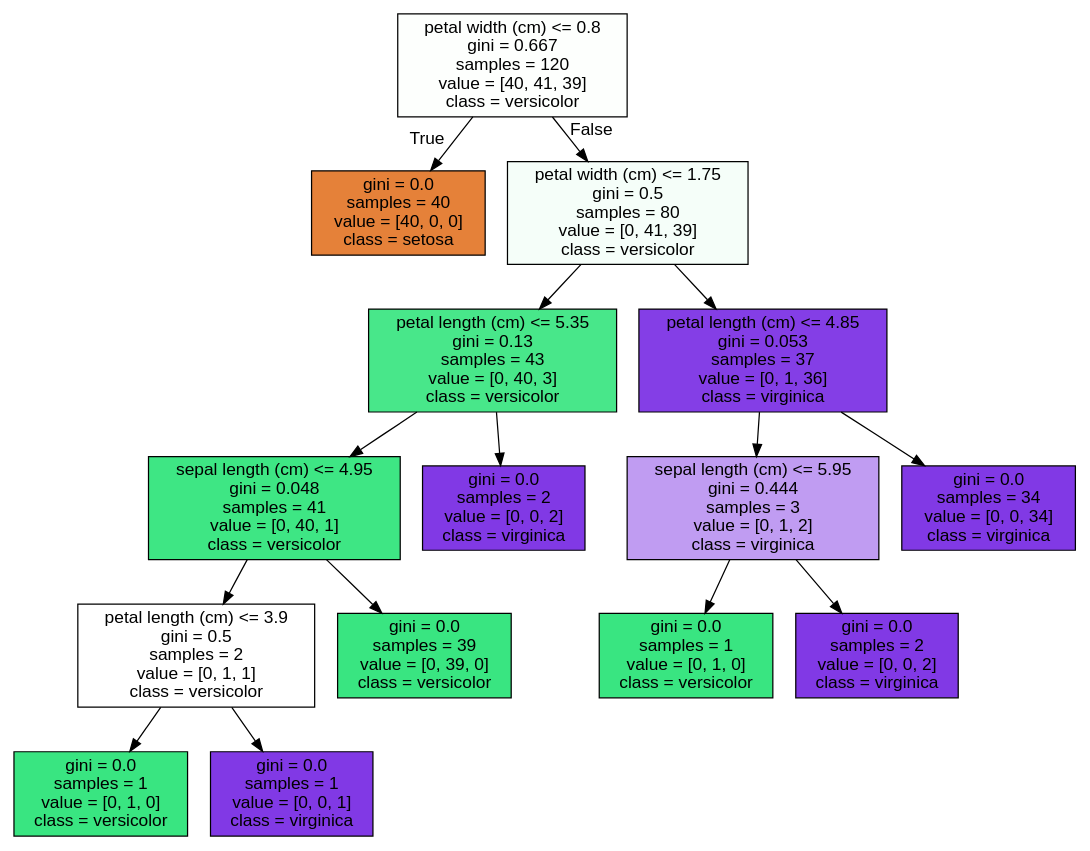
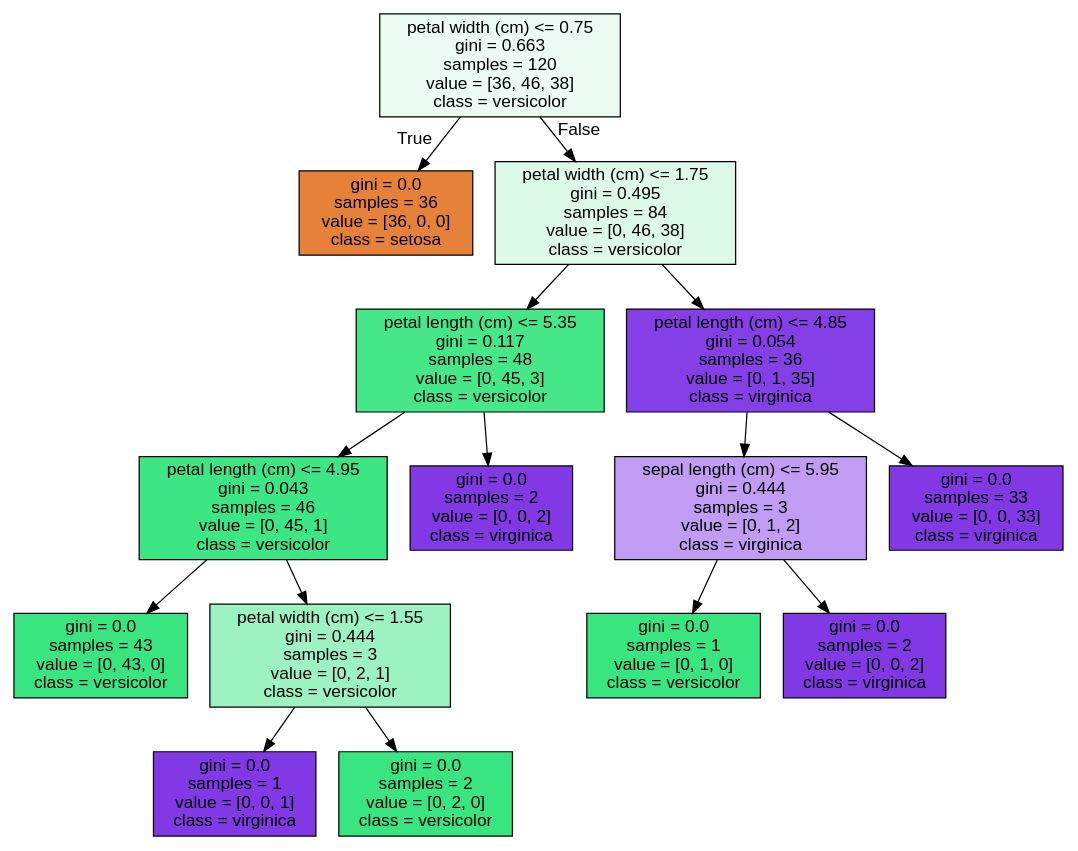
One commit to jinhoyoho/Machine_Learning changed the diagram in tree.dot. Above: the diagram before and after it, drawn with Graphviz. The commit also changed 5 other files, not shown here.

```diff
--- a/tree.dot
+++ b/tree.dot
@@ -1,33 +1,33 @@
 digraph Tree {
 node [shape=box, style="filled", color="black", fontname="helvetica"] ;
 edge [fontname="helvetica"] ;
-0 [label="petal width (cm) <= 0.8\ngini = 0.667\nsamples = 120\nvalue = [40, 41, 39]\nclass = versicolor", fillcolor="#fdfffd"] ;
-1 [label="gini = 0.0\nsamples = 40\nvalue = [40, 0, 0]\nclass = setosa", fillcolor="#e58139"] ;
+0 [label="petal width (cm) <= 0.75\ngini = 0.663\nsamples = 120\nvalue = [36, 46, 38]\nclass = versicolor", fillcolor="#ecfcf3"] ;
+1 [label="gini = 0.0\nsamples = 36\nvalue = [36, 0, 0]\nclass = setosa", fillcolor="#e58139"] ;
 0 -> 1 [labeldistance=2.5, labelangle=45, headlabel="True"] ;
-2 [label="petal width (cm) <= 1.75\ngini = 0.5\nsamples = 80\nvalue = [0, 41, 39]\nclass = versicolor", fillcolor="#f5fef9"] ;
+2 [label="petal width (cm) <= 1.75\ngini = 0.495\nsamples = 84\nvalue = [0, 46, 38]\nclass = versicolor", fillcolor="#ddfae9"] ;
 0 -> 2 [labeldistance=2.5, labelangle=-45, headlabel="False"] ;
-3 [label="petal length (cm) <= 5.35\ngini = 0.13\nsamples = 43\nvalue = [0, 40, 3]\nclass = versicolor", fillcolor="#48e78a"] ;
+3 [label="petal length (cm) <= 5.35\ngini = 0.117\nsamples = 48\nvalue = [0, 45, 3]\nclass = versicolor", fillcolor="#46e789"] ;
 2 -> 3 ;
-4 [label="sepal length (cm) <= 4.95\ngini = 0.048\nsamples = 41\nvalue = [0, 40, 1]\nclass = versicolor", fillcolor="#3ee684"] ;
+4 [label="petal length (cm) <= 4.95\ngini = 0.043\nsamples = 46\nvalue = [0, 45, 1]\nclass = versicolor", fillcolor="#3de684"] ;
 3 -> 4 ;
-5 [label="petal length (cm) <= 3.9\ngini = 0.5\nsamples = 2\nvalue = [0, 1, 1]\nclass = versicolor", fillcolor="#ffffff"] ;
+5 [label="gini = 0.0\nsamples = 43\nvalue = [0, 43, 0]\nclass = versicolor", fillcolor="#39e581"] ;
 4 -> 5 ;
-6 [label="gini = 0.0\nsamples = 1\nvalue = [0, 1, 0]\nclass = versicolor", fillcolor="#39e581"] ;
-5 -> 6 ;
+6 [label="petal width (cm) <= 1.55\ngini = 0.444\nsamples = 3\nvalue = [0, 2, 1]\nclass = versicolor", fillcolor="#9cf2c0"] ;
+4 -> 6 ;
 7 [label="gini = 0.0\nsamples = 1\nvalue = [0, 0, 1]\nclass = virginica", fillcolor="#8139e5"] ;
-5 -> 7 ;
-8 [label="gini = 0.0\nsamples = 39\nvalue = [0, 39, 0]\nclass = versicolor", fillcolor="#39e581"] ;
-4 -> 8 ;
+6 -> 7 ;
+8 [label="gini = 0.0\nsamples = 2\nvalue = [0, 2, 0]\nclass = versicolor", fillcolor="#39e581"] ;
+6 -> 8 ;
 9 [label="gini = 0.0\nsamples = 2\nvalue = [0, 0, 2]\nclass = virginica", fillcolor="#8139e5"] ;
 3 -> 9 ;
-10 [label="petal length (cm) <= 4.85\ngini = 0.053\nsamples = 37\nvalue = [0, 1, 36]\nclass = virginica", fillcolor="#843ee6"] ;
+10 [label="petal length (cm) <= 4.85\ngini = 0.054\nsamples = 36\nvalue = [0, 1, 35]\nclass = virginica", fillcolor="#853fe6"] ;
 2 -> 10 ;
 11 [label="sepal length (cm) <= 5.95\ngini = 0.444\nsamples = 3\nvalue = [0, 1, 2]\nclass = virginica", fillcolor="#c09cf2"] ;
 10 -> 11 ;
 12 [label="gini = 0.0\nsamples = 1\nvalue = [0, 1, 0]\nclass = versicolor", fillcolor="#39e581"] ;
 11 -> 12 ;
 13 [label="gini = 0.0\nsamples = 2\nvalue = [0, 0, 2]\nclass = virginica", fillcolor="#8139e5"] ;
 11 -> 13 ;
-14 [label="gini = 0.0\nsamples = 34\nvalue = [0, 0, 34]\nclass = virginica", fillcolor="#8139e5"] ;
+14 [label="gini = 0.0\nsamples = 33\nvalue = [0, 0, 33]\nclass = virginica", fillcolor="#8139e5"] ;
 10 -> 14 ;
 }
```
